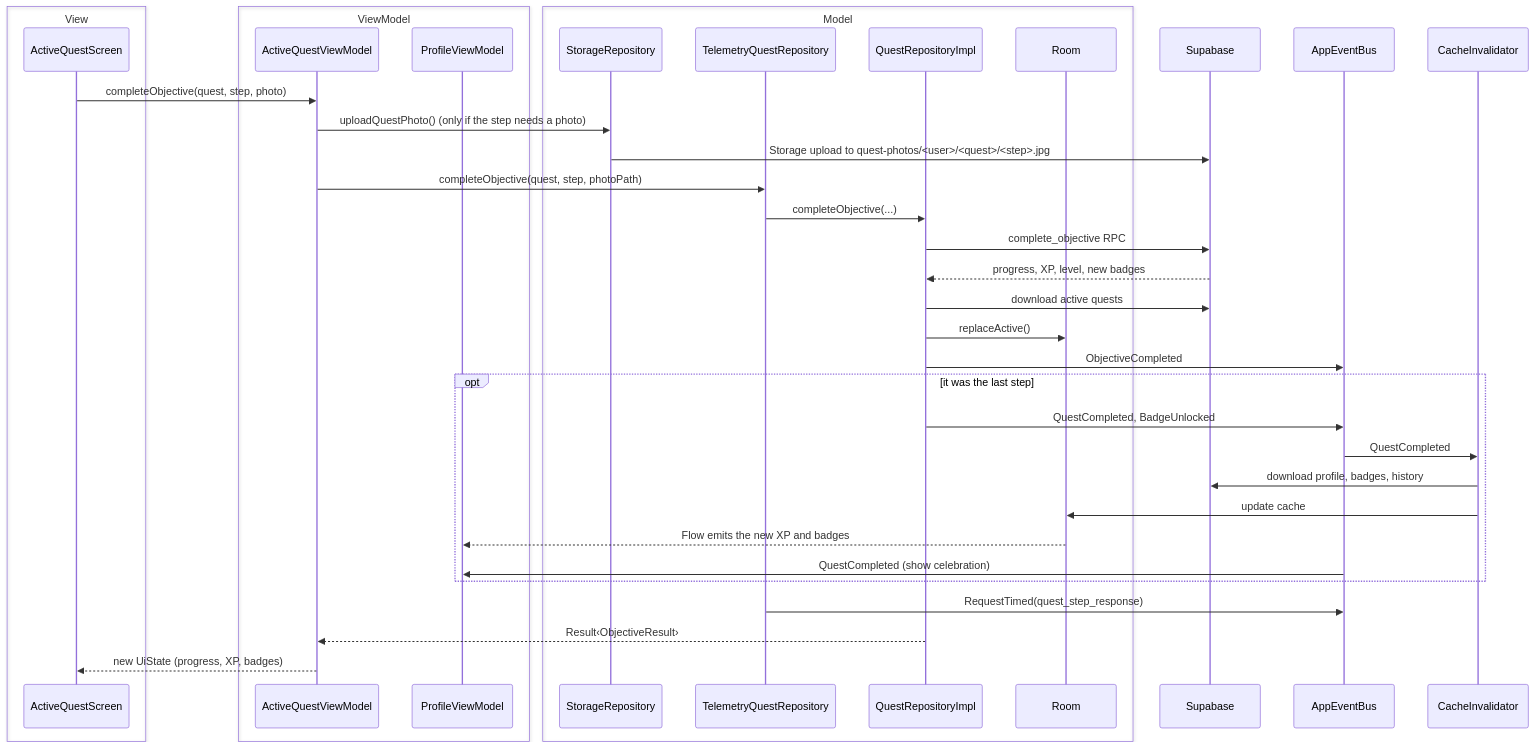
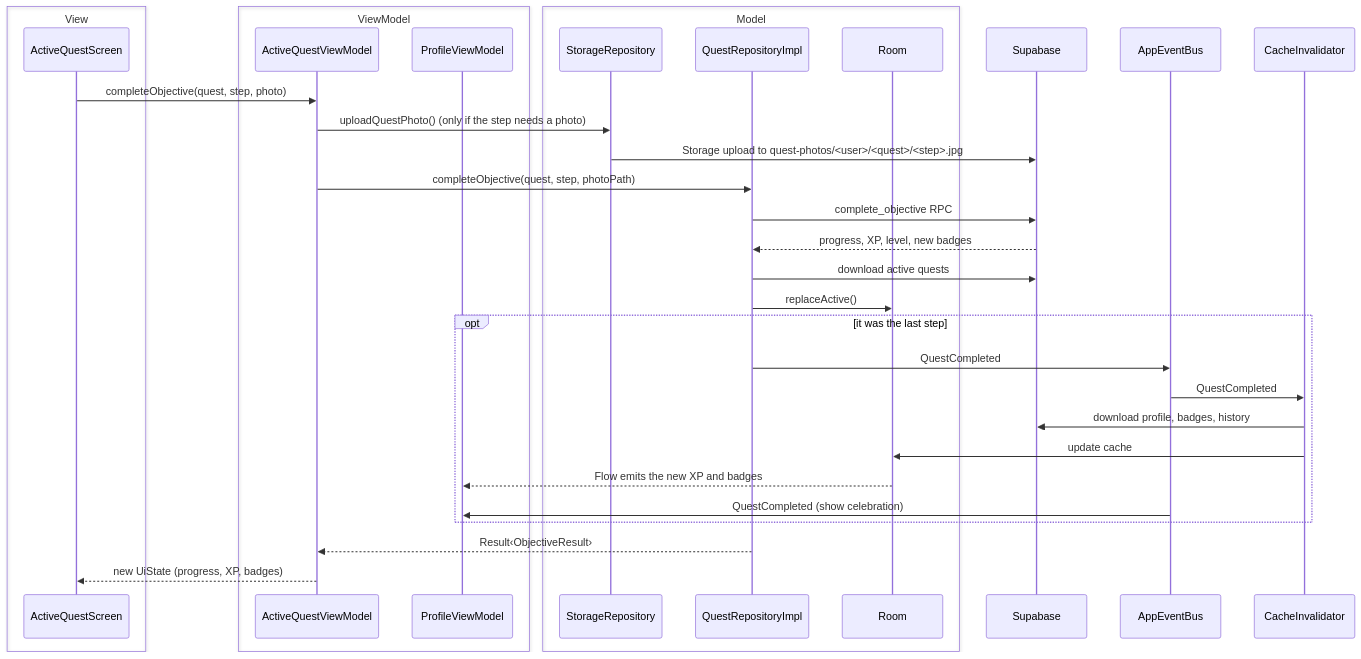
The fifth of 7 diagrams in docs/ARCHITECTURE.md (jdgutierrezr/wandr-android), drawn with Mermaid before and after one commit. The commit also changed other lines of this file and 3 other files, not shown here.

````diff
--- a/docs/ARCHITECTURE.md
+++ b/docs/ARCHITECTURE.md
@@ -310,41 +280,37 @@
 ```mermaid
 sequenceDiagram
     box View
         participant UI as ActiveQuestScreen
     end
     box ViewModel
         participant VM as ActiveQuestViewModel
         participant P as ProfileViewModel
     end
     box Model
         participant St as StorageRepository
-        participant D as TelemetryQuestRepository
         participant R as QuestRepositoryImpl
         participant DB as Room
     end
     participant API as Supabase
     participant Bus as AppEventBus
     participant Inv as CacheInvalidator
 
     UI->>VM: completeObjective(quest, step, photo)
     VM->>St: uploadQuestPhoto() (only if the step needs a photo)
     St->>API: Storage upload to quest-photos/<user>/<quest>/<step>.jpg
-    VM->>D: completeObjective(quest, step, photoPath)
-    D->>R: completeObjective(...)
+    VM->>R: completeObjective(quest, step, photoPath)
     R->>API: complete_objective RPC
     API-->>R: progress, XP, level, new badges
     R->>API: download active quests
     R->>DB: replaceActive()
-    R->>Bus: ObjectiveCompleted
     opt it was the last step
-        R->>Bus: QuestCompleted, BadgeUnlocked
+        R->>Bus: QuestCompleted
         Bus->>Inv: QuestCompleted
         Inv->>API: download profile, badges, history
         Inv->>DB: update cache
         DB-->>P: Flow emits the new XP and badges
         Bus->>P: QuestCompleted (show celebration)
     end
-    D->>Bus: RequestTimed(quest_step_response)
     R-->>VM: Result‹ObjectiveResult›
     VM-->>UI: new UiState (progress, XP, badges)
 ```
````
